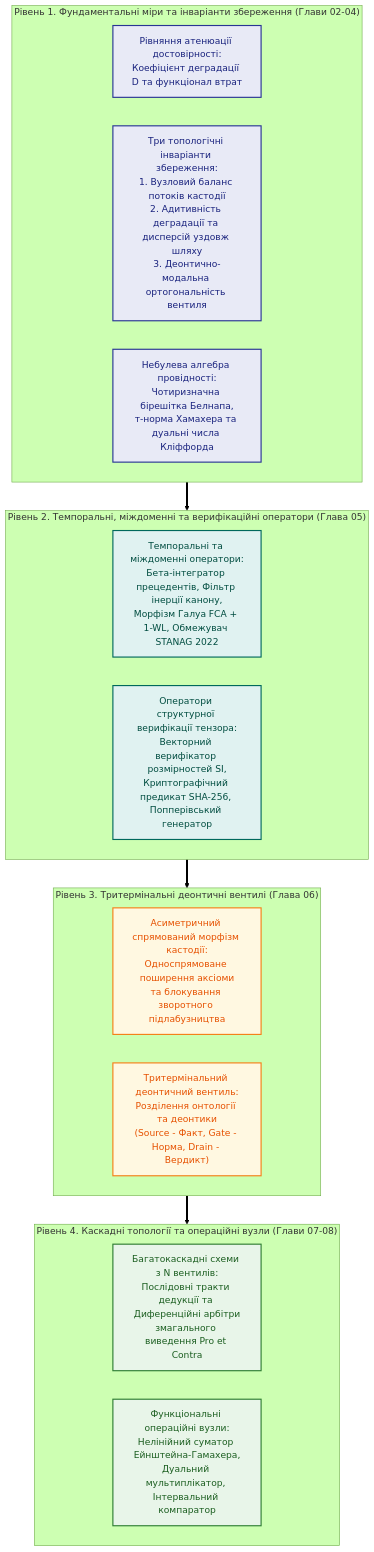
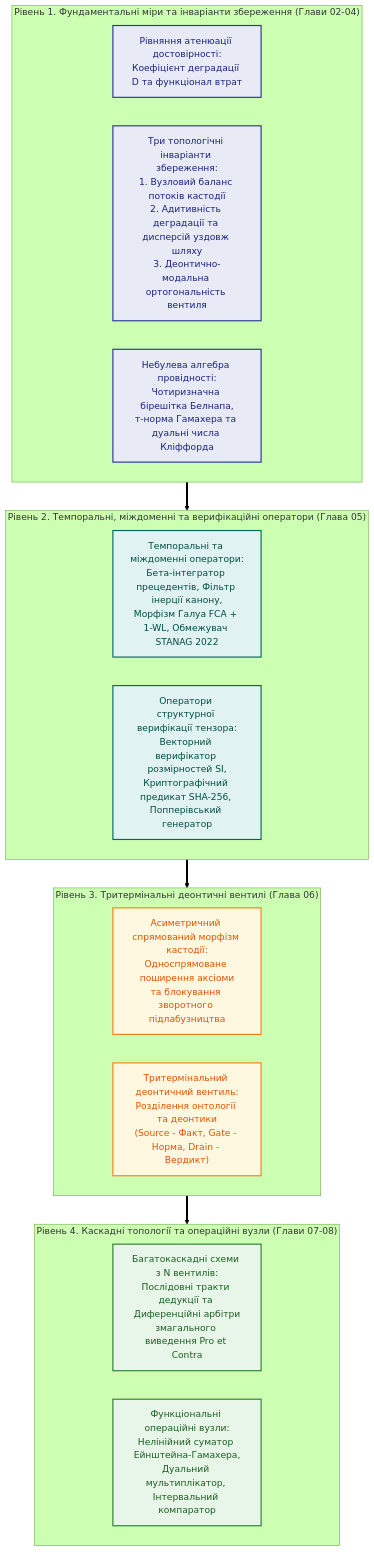
The second of 2 diagrams in Epistemic_Circuit_Theory/ch01-foundations-and-epistemic-gap.md (nick-fedchik/articles), drawn with Mermaid (forest theme) before and after one commit. The commit also changed other lines of this file and 9 other files, not shown here.

````diff
--- a/Epistemic_Circuit_Theory/ch01-foundations-and-epistemic-gap.md
+++ b/Epistemic_Circuit_Theory/ch01-foundations-and-epistemic-gap.md
@@ -177,38 +177,38 @@
 ```mermaid
 flowchart TD
     accTitle: Рисунок 1.2. Чотирирівнева ієрархія синтезу в Теорії епістемічних обчислювальних схем
     accDescr: Структурна декомпозиція ТЕОС від базових кількісних мір і топологічних інваріантів збереження (Рівень 1) через темпоральні, міждоменні й верифікаційні оператори (Рівень 2) і тритермінальні деонтичні вентилі (Рівень 3) до каскадних схем та операційних вузлів (Рівень 4).
 
     subgraph L1 ["Рівень 1. Фундаментальні міри та інваріанти збереження (Глави 02-04)"]
         Atten["Рівняння атенюації достовірності:\nКоефіцієнт деградації D та функціонал втрат"]
         Invariants["Три топологічні інваріанти збереження:\n1. Вузловий баланс потоків кастодії\n2. Адитивність деградації та дисперсій уздовж шляху\n3. Деонтично-модальна ортогональність вентиля"]
-        Belnap["Небулева алгебра провідності:\nЧотиризначна бірешітка Белнапа,\nт-норма Хамахера та дуальні числа Кліффорда"]
+        Belnap["Небулева алгебра провідності:\nЧотиризначна бірешітка Белнапа,\nт-норма Гамахера та дуальні числа Кліффорда"]
     end
 
     subgraph L2 ["Рівень 2. Темпоральні, міждоменні та верифікаційні оператори (Глава 05)"]
         Temporal["Темпоральні та міждоменні оператори:\nБета-інтегратор прецедентів, Фільтр інерції канону,\nМорфізм Галуа FCA + 1-WL, Обмежувач STANAG 2022"]
         Verifiers["Оператори структурної верифікації тензора:\nВекторний верифікатор розмірностей SI,\nКриптографічний предикат SHA-256, Попперівський генератор"]
     end
 
     subgraph L3 ["Рівень 3. Тритермінальні деонтичні вентилі (Глава 06)"]
         Morphism["Асиметричний спрямований морфізм кастодії:\nОдноспрямоване поширення аксіоми\nта блокування зворотного підлабузництва"]
         Gate["Тритермінальний деонтичний вентиль:\nРозділення онтології та деонтики\n(Source - Факт, Gate - Норма, Drain - Вердикт)"]
     end
 
     subgraph L4 ["Рівень 4. Каскадні топології та операційні вузли (Глави 07-08)"]
         Cascades["Багатокаскадні схеми з N вентилів:\nПослідовні тракти дедукції та Диференційні арбітри\nзмагального виведення Pro et Contra"]
         OpUnits["Функціональні операційні вузли:\nНелінійний суматор Ейнштейна-Гамахера,\nДуальний мультиплікатор, Інтервальний компаратор"]
     end
 
     L1 ==> L2 ==> L3 ==> L4
 
     classDef l1Style fill:#e8eaf6,stroke:#283593,stroke-width:2px,color:#1a237e;
     classDef l2Style fill:#e0f2f1,stroke:#00695c,stroke-width:2px,color:#004d40;
     classDef l3Style fill:#fff8e1,stroke:#f57f17,stroke-width:2px,color:#e65100;
     classDef l4Style fill:#e8f5e9,stroke:#2e7d32,stroke-width:2px,color:#1b5e20;
 
     class Atten,Invariants,Belnap l1Style;
     class Temporal,Verifiers l2Style;
     class Morphism,Gate l3Style;
     class Cascades,OpUnits l4Style;
 ```
````
